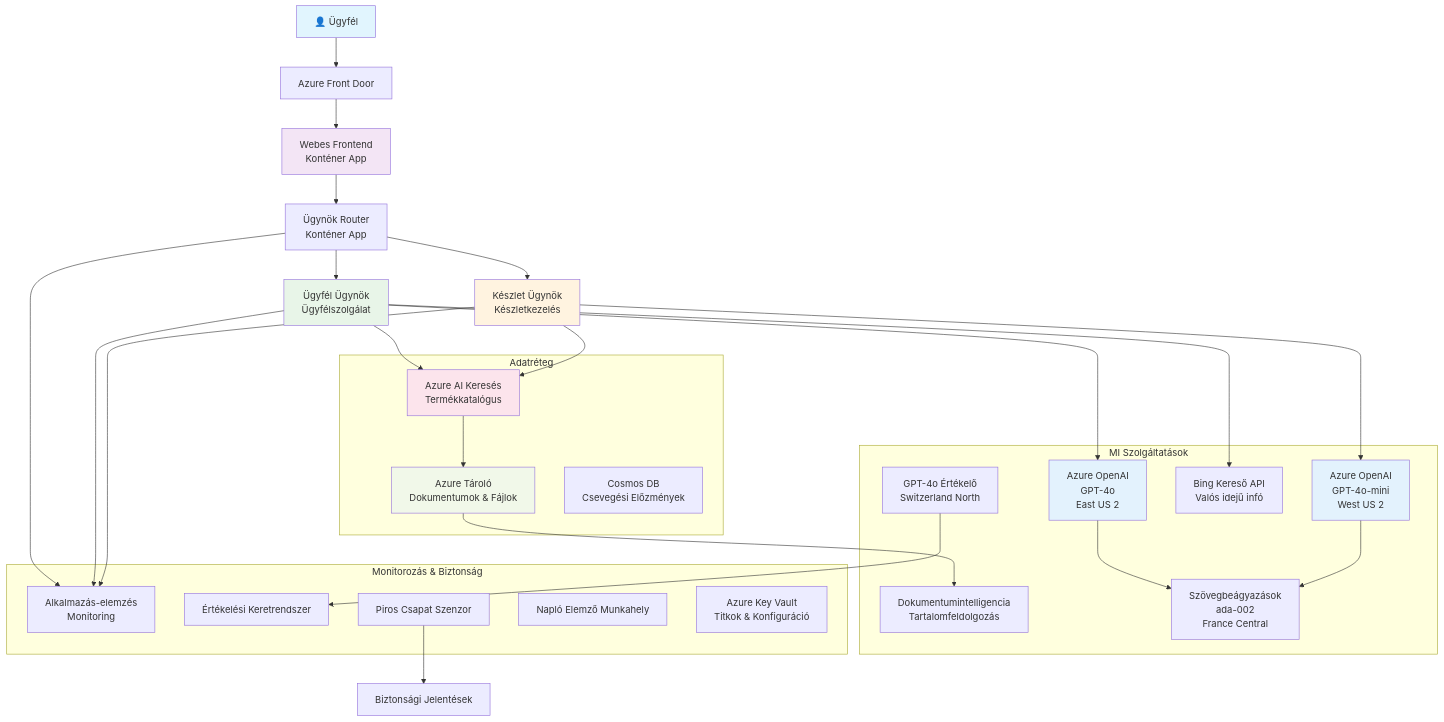
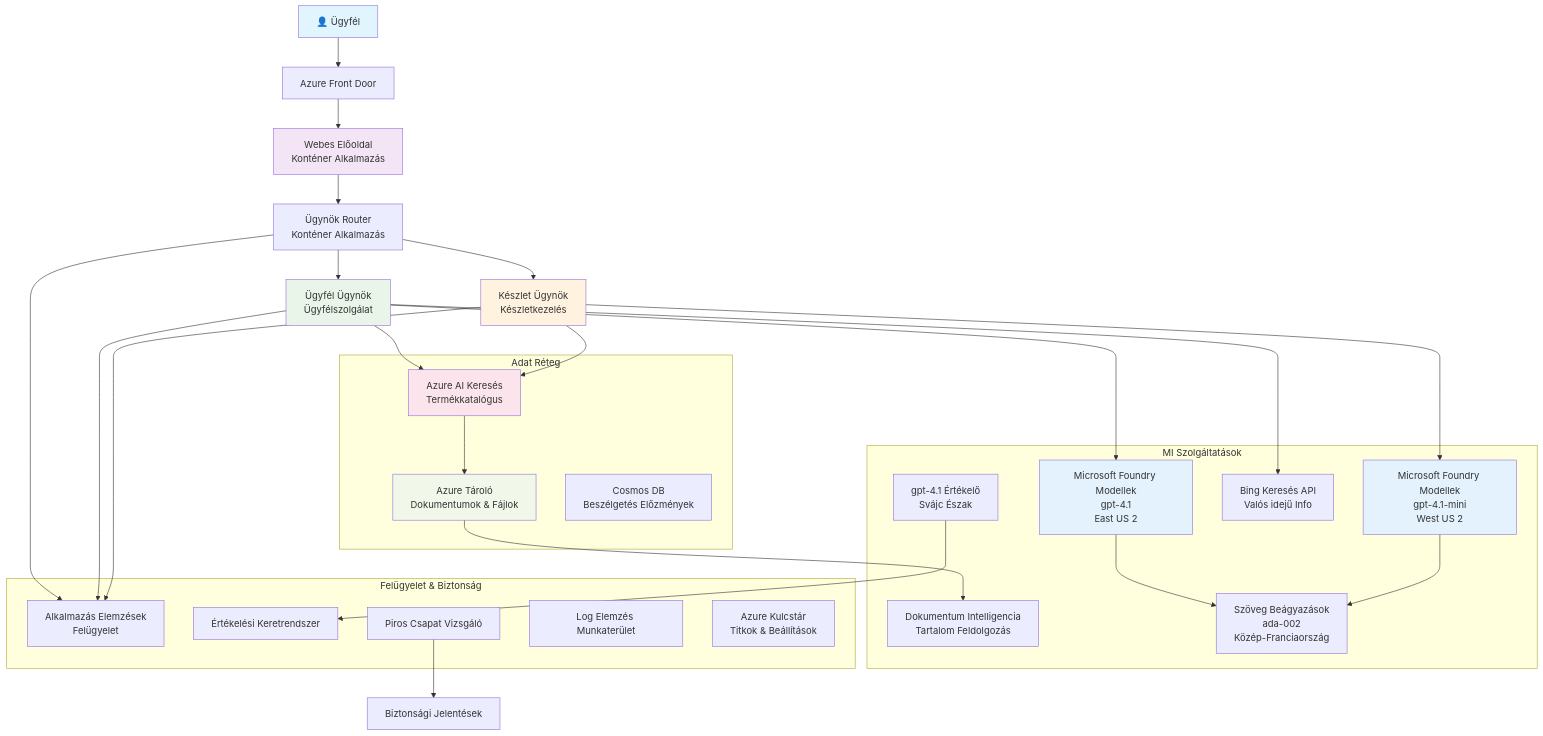
One commit to microsoft/AZD-for-beginners changed the diagram in translations/hu/examples/retail-scenario.md. Above: the diagram before and after it, drawn with Mermaid. The commit also changed other lines of this file and 101 other files, not shown here.

````diff
--- a/translations/hu/examples/retail-scenario.md
+++ b/translations/hu/examples/retail-scenario.md
@@ -139,61 +139,61 @@
 ```mermaid
 graph TB
     User[👤 Ügyfél] --> LB[Azure Front Door]
-    LB --> WebApp[Webes Frontend<br/>Konténer App]
+    LB --> WebApp[Webes Előoldal<br/>Konténer Alkalmazás]
     
-    WebApp --> Router[Ügynök Router<br/>Konténer App]
+    WebApp --> Router[Ügynök Router<br/>Konténer Alkalmazás]
     Router --> CustomerAgent[Ügyfél Ügynök<br/>Ügyfélszolgálat]
     Router --> InvAgent[Készlet Ügynök<br/>Készletkezelés]
     
-    CustomerAgent --> OpenAI1[Azure OpenAI<br/>GPT-4o<br/>East US 2]
-    InvAgent --> OpenAI2[Azure OpenAI<br/>GPT-4o-mini<br/>West US 2]
+    CustomerAgent --> OpenAI1[Microsoft Foundry Modellek<br/>gpt-4.1<br/>East US 2]
+    InvAgent --> OpenAI2[Microsoft Foundry Modellek<br/>gpt-4.1-mini<br/>West US 2]
     
     CustomerAgent --> AISearch[Azure AI Keresés<br/>Termékkatalógus]
-    CustomerAgent --> BingSearch[Bing Kereső API<br/>Valós idejű infó]
+    CustomerAgent --> BingSearch[Bing Keresés API<br/>Valós idejű Info]
     InvAgent --> AISearch
     
     AISearch --> Storage[Azure Tároló<br/>Dokumentumok & Fájlok]
-    Storage --> DocIntel[Dokumentumintelligencia<br/>Tartalomfeldolgozás]
+    Storage --> DocIntel[Dokumentum Intelligencia<br/>Tartalom Feldolgozás]
     
-    OpenAI1 --> Embeddings[Szövegbeágyazások<br/>ada-002<br/>France Central]
+    OpenAI1 --> Embeddings[Szöveg Beágyazások<br/>ada-002<br/>Közép-Franciaország]
     OpenAI2 --> Embeddings
     
-    Router --> AppInsights[Alkalmazás-elemzés<br/>Monitoring]
+    Router --> AppInsights[Alkalmazás Elemzések<br/>Felügyelet]
     CustomerAgent --> AppInsights
     InvAgent --> AppInsights
     
-    GraderModel[GPT-4o Értékelő<br/>Switzerland North] --> Evaluation[Értékelési Keretrendszer]
-    RedTeam[Piros Csapat Szenzor] --> SecurityReports[Biztonsági Jelentések]
+    GraderModel[gpt-4.1 Értékelő<br/>Svájc Észak] --> Evaluation[Értékelési Keretrendszer]
+    RedTeam[Piros Csapat Vizsgáló] --> SecurityReports[Biztonsági Jelentések]
     
-    subgraph "Adatréteg"
+    subgraph "Adat Réteg"
         Storage
         AISearch
-        CosmosDB[Cosmos DB<br/>Csevegési Előzmények]
+        CosmosDB[Cosmos DB<br/>Beszélgetés Előzmények]
     end
     
     subgraph "MI Szolgáltatások"
         OpenAI1
         OpenAI2
         Embeddings
         GraderModel
         DocIntel
         BingSearch
     end
     
-    subgraph "Monitorozás & Biztonság"
+    subgraph "Felügyelet & Biztonság"
         AppInsights
-        LogAnalytics[Napló Elemző Munkahely]
-        KeyVault[Azure Key Vault<br/>Titkok & Konfiguráció]
+        LogAnalytics[Log Elemzés Munkaterület]
+        KeyVault[Azure Kulcstár<br/>Titkok & Beállítások]
         RedTeam
         Evaluation
     end
     
     style User fill:#e1f5fe
     style WebApp fill:#f3e5f5
     style CustomerAgent fill:#e8f5e8
     style InvAgent fill:#fff3e0
     style OpenAI1 fill:#e3f2fd
     style OpenAI2 fill:#e3f2fd
     style AISearch fill:#fce4ec
     style Storage fill:#f1f8e9
 ```
````
